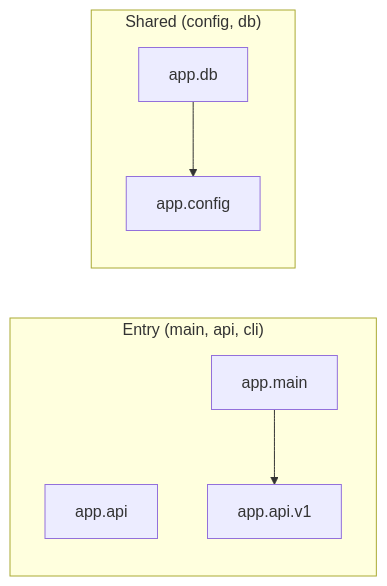
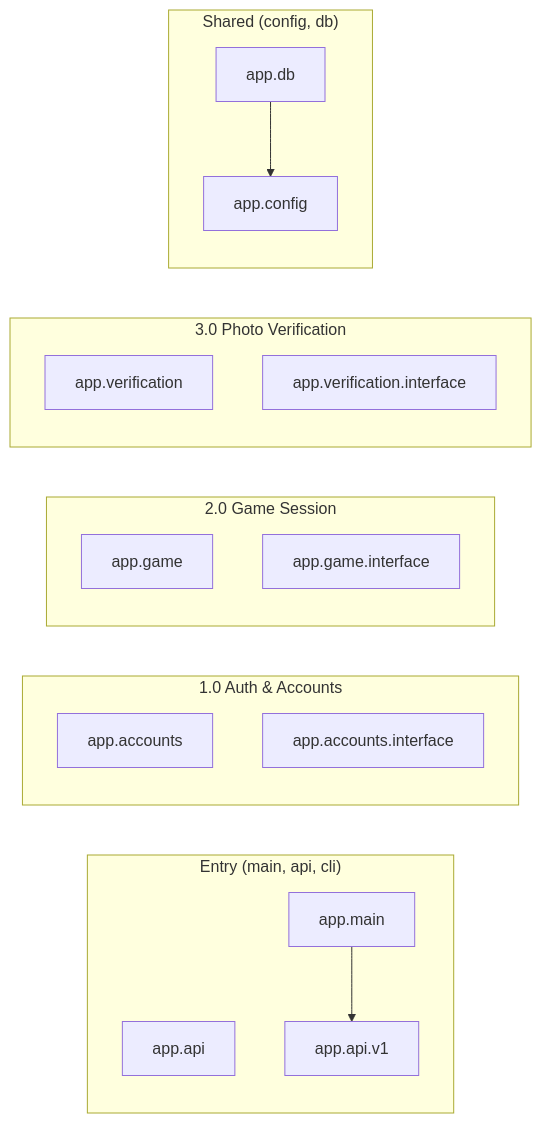
Before and after one commit to COSC-499-W2026/capstone-project-team-12: the diagram in docs/architecture/dependency-graph.md, drawn with Mermaid. The commit also changed other lines of this file and 7 other files, not shown here.

First line of the commit message:
chore: add accounts, game and verification packages

````diff
--- a/docs/architecture/dependency-graph.md
+++ b/docs/architecture/dependency-graph.md
@@ -7,14 +7,26 @@
 ```mermaid
 flowchart LR
   subgraph entry["Entry (main, api, cli)"]
     app_api["app.api"]
     app_api_v1["app.api.v1"]
     app_main["app.main"]
+  end
+  subgraph accounts["1.0 Auth & Accounts"]
+    app_accounts["app.accounts"]
+    app_accounts_interface["app.accounts.interface"]
+  end
+  subgraph game["2.0 Game Session"]
+    app_game["app.game"]
+    app_game_interface["app.game.interface"]
+  end
+  subgraph verification["3.0 Photo Verification"]
+    app_verification["app.verification"]
+    app_verification_interface["app.verification.interface"]
   end
   subgraph core["Shared (config, db)"]
     app_config["app.config"]
     app_db["app.db"]
   end
   app_db --> app_config
   app_main --> app_api_v1
 ```
````
